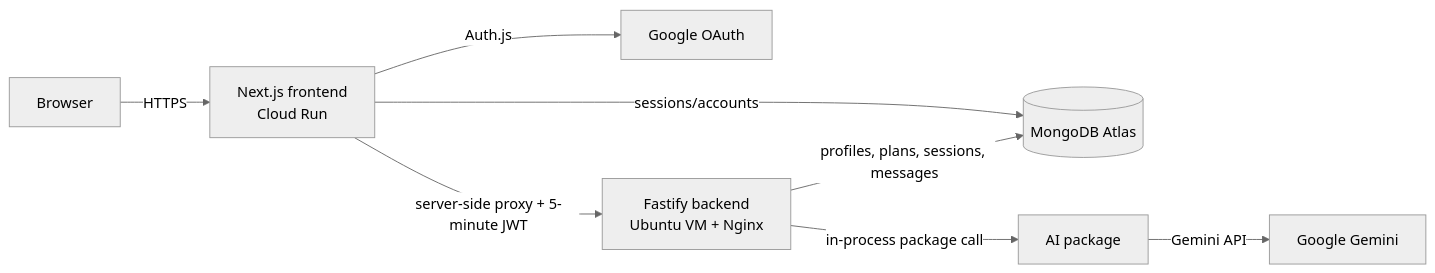
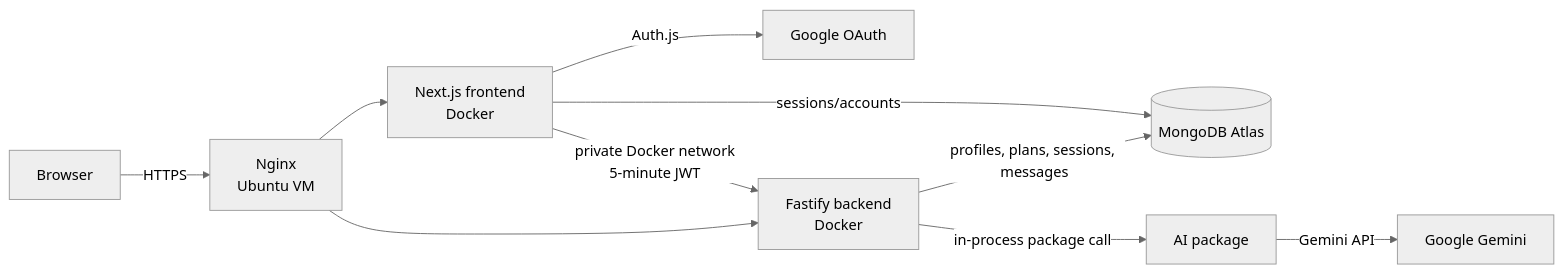
One commit to bharatgl/fitai-coach-web changed the diagram in docs/architecture.md. Above: the diagram before and after it, drawn with Mermaid (neutral theme). The commit also changed other lines of this file and 8 other files, not shown here.

Commit message:
feat(infra): serve frontend and backend from VM

````diff
--- a/docs/architecture.md
+++ b/docs/architecture.md
@@ -5,10 +5,12 @@
 ```mermaid
 flowchart LR
-  U[Browser] -->|HTTPS| F[Next.js frontend<br/>Cloud Run]
+  U[Browser] -->|HTTPS| N[Nginx<br/>Ubuntu VM]
+  N --> F[Next.js frontend<br/>Docker]
+  N --> B[Fastify backend<br/>Docker]
   F -->|Auth.js| G[Google OAuth]
   F -->|sessions/accounts| M[(MongoDB Atlas)]
-  F -->|server-side proxy + 5-minute JWT| B[Fastify backend<br/>Ubuntu VM + Nginx]
+  F -->|private Docker network<br/>5-minute JWT| B
   B -->|profiles, plans, sessions, messages| M
   B -->|in-process package call| A[AI package]
   A -->|Gemini API| O[Google Gemini]
 ```
````
